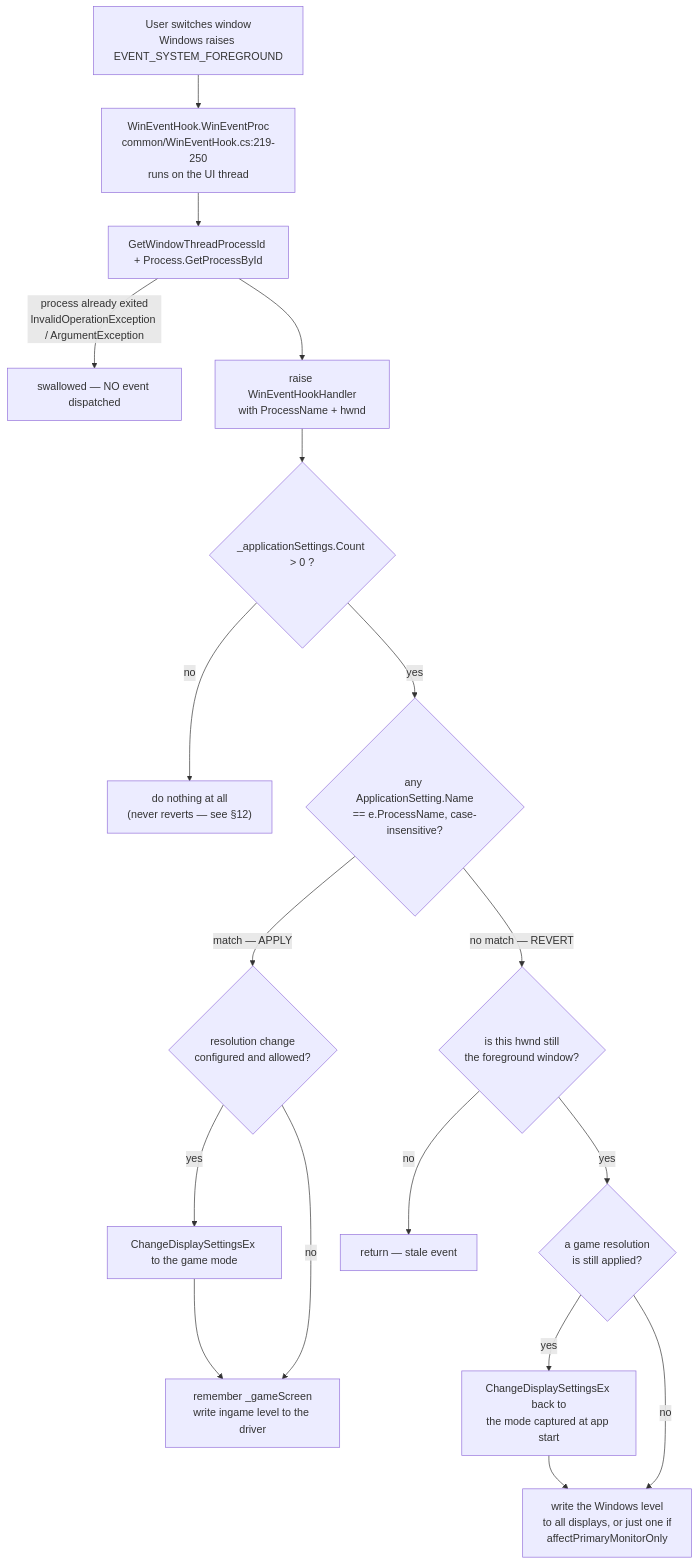
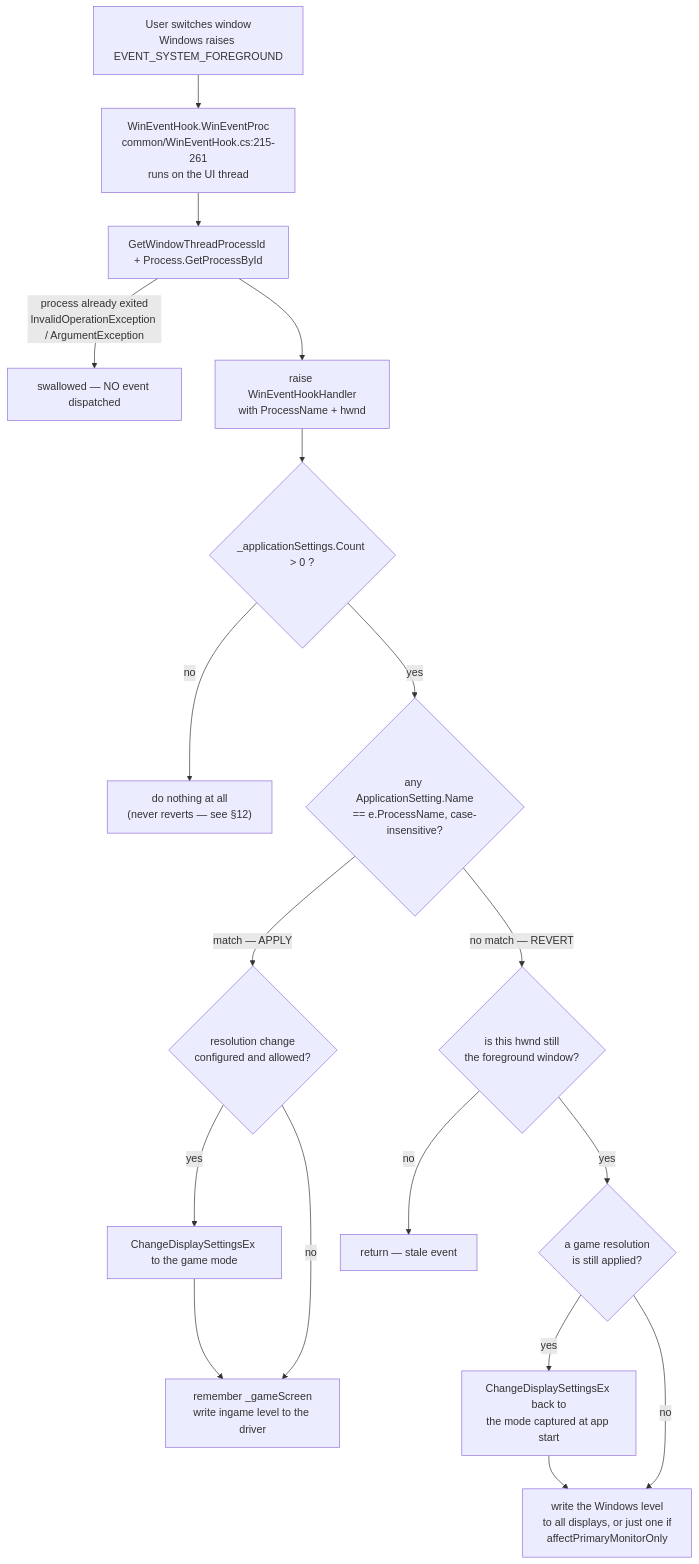
Before and after one commit to SwatX18/vibranceGUI: the third of 4 diagrams in docs/CODEBASE_GUIDE.md, drawn with Mermaid. The commit also changed other lines of this file, not shown here.

````diff
--- a/docs/CODEBASE_GUIDE.md
+++ b/docs/CODEBASE_GUIDE.md
@@ -613,22 +613,22 @@
 ```mermaid
 flowchart TD
-    A["User switches window<br/>Windows raises EVENT_SYSTEM_FOREGROUND"] --> B["WinEventHook.WinEventProc<br/>common/WinEventHook.cs:219-250<br/>runs on the UI thread"]
+    A["User switches window<br/>Windows raises EVENT_SYSTEM_FOREGROUND"] --> B["WinEventHook.WinEventProc<br/>common/WinEventHook.cs:215-261<br/>runs on the UI thread"]
     B --> C["GetWindowThreadProcessId + Process.GetProcessById"]
     C -->|"process already exited<br/>InvalidOperationException / ArgumentException"| X["swallowed — NO event dispatched"]
     C --> D["raise WinEventHookHandler<br/>with ProcessName + hwnd"]
     D --> E{"_applicationSettings.Count &gt; 0 ?"}
     E -->|no| Y["do nothing at all<br/>(never reverts — see §12)"]
     E -->|yes| F{"any ApplicationSetting.Name<br/>== e.ProcessName, case-insensitive?"}
 
     F -->|"match — APPLY"| G{"resolution change<br/>configured and allowed?"}
     G -->|yes| H["ChangeDisplaySettingsEx to the game mode"]
     G -->|no| J
     H --> J["remember _gameScreen<br/>write ingame level to the driver"]
 
     F -->|"no match — REVERT"| K{"is this hwnd still<br/>the foreground window?"}
     K -->|no| Z["return — stale event"]
     K -->|yes| L{"a game resolution<br/>is still applied?"}
     L -->|yes| M["ChangeDisplaySettingsEx back to<br/>the mode captured at app start"]
     L -->|no| O
     M --> O["write the Windows level<br/>to all displays, or just one if<br/>affectPrimaryMonitorOnly"]
 ```
````
